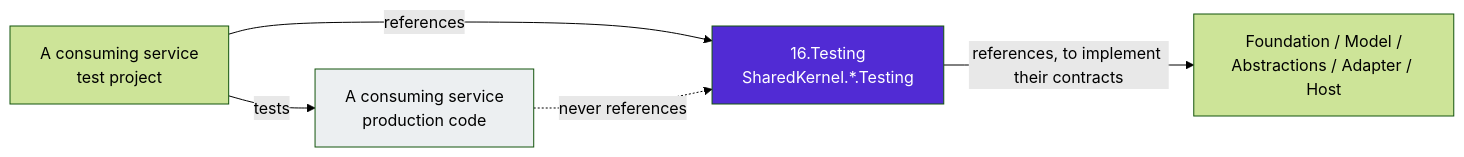
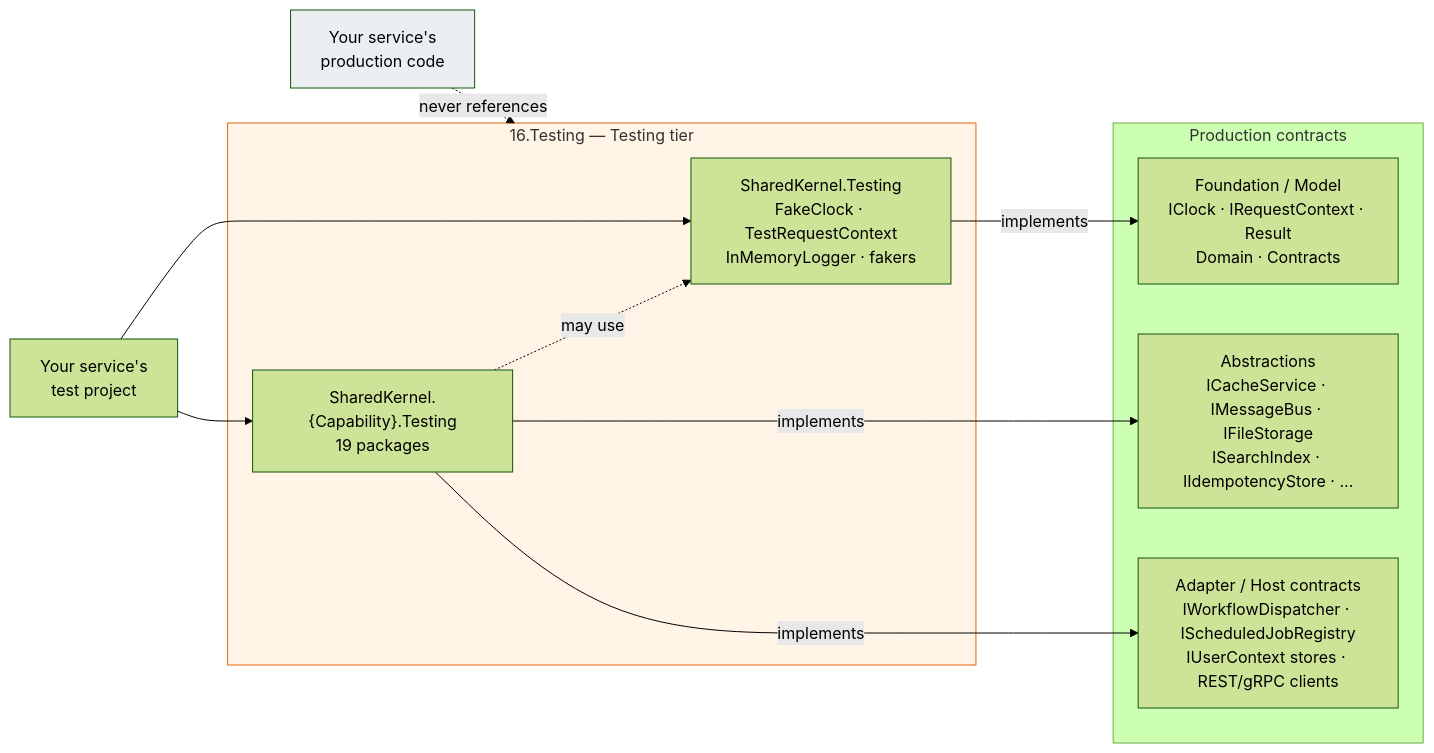
Before and after one commit to Gresta-Vertex-Labs/platform-shared-kernel: the diagram in 16.Testing/README.md, drawn with Mermaid (forest theme). The commit also changed other lines of this file and 639 other files, not shown here.

````diff
--- a/16.Testing/README.md
+++ b/16.Testing/README.md
@@ -54,15 +64,25 @@
 ```mermaid
 flowchart LR
-    T["16.Testing<br/>SharedKernel.*.Testing"]
-    A["Foundation / Model /<br/>Abstractions / Adapter / Host"]
-    P["A consuming service<br/>production code"]
-    S["A consuming service<br/>test project"]
+    subgraph T["16.Testing — Testing tier"]
+        Core["SharedKernel.Testing<br/>FakeClock · TestRequestContext<br/>InMemoryLogger · fakers"]
+        Cap["SharedKernel.{Capability}.Testing<br/>19 packages"]
+    end
 
-    T -- "references, to implement their contracts" --> A
-    S -- "references" --> T
-    S -- "tests" --> P
-    P -. "never references" .-> T
+    subgraph P["Production contracts"]
+        F["Foundation / Model<br/>IClock · IRequestContext · Result<br/>Domain · Contracts"]
+        Ab["Abstractions<br/>ICacheService · IMessageBus · IFileStorage<br/>ISearchIndex · IIdempotencyStore · …"]
+        H["Adapter / Host contracts<br/>IWorkflowDispatcher · IScheduledJobRegistry<br/>IUserContext stores · REST/gRPC clients"]
+    end
 
-    style T fill:#512BD4,color:#fff
-    style P fill:#eceff1
+    Core -- implements --> F
+    Cap -- implements --> Ab
+    Cap -- implements --> H
+    Cap -. may use .-> Core
+
+    Tests["Your service's<br/>test project"] --> Core
+    Tests --> Cap
+    Prod["Your service's<br/>production code"] -. never references .-> T
+
+    style T fill:#fff4e5,stroke:#e36209
+    style Prod fill:#eceff1
 ```
````
